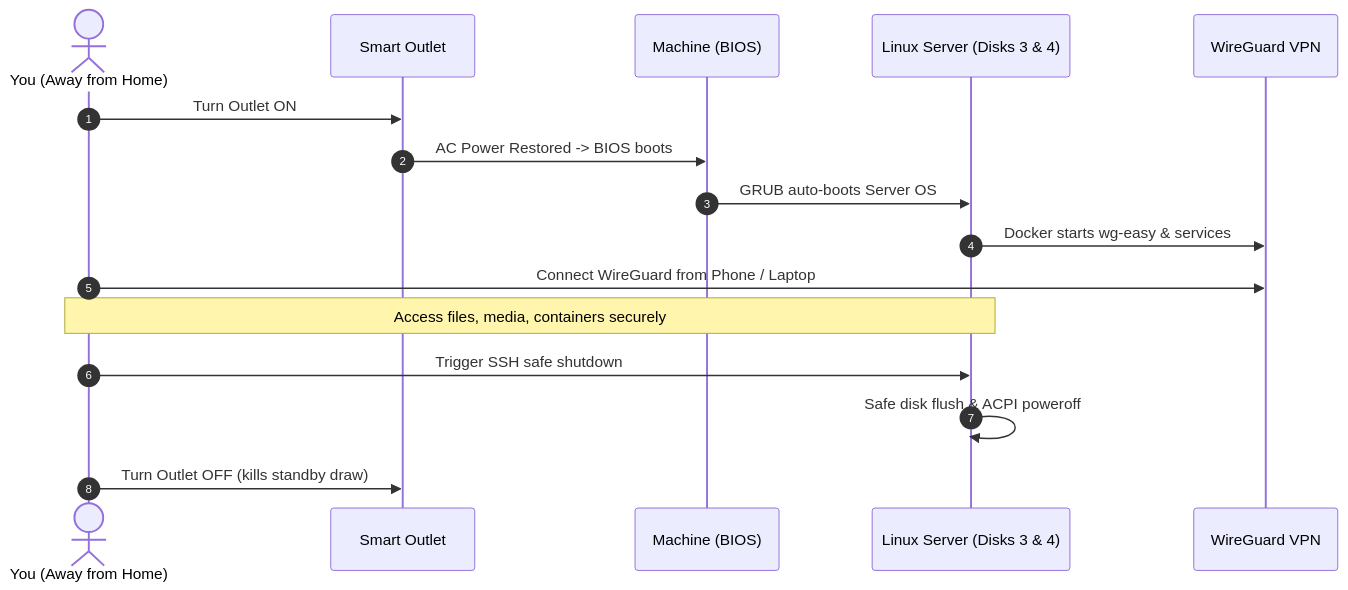
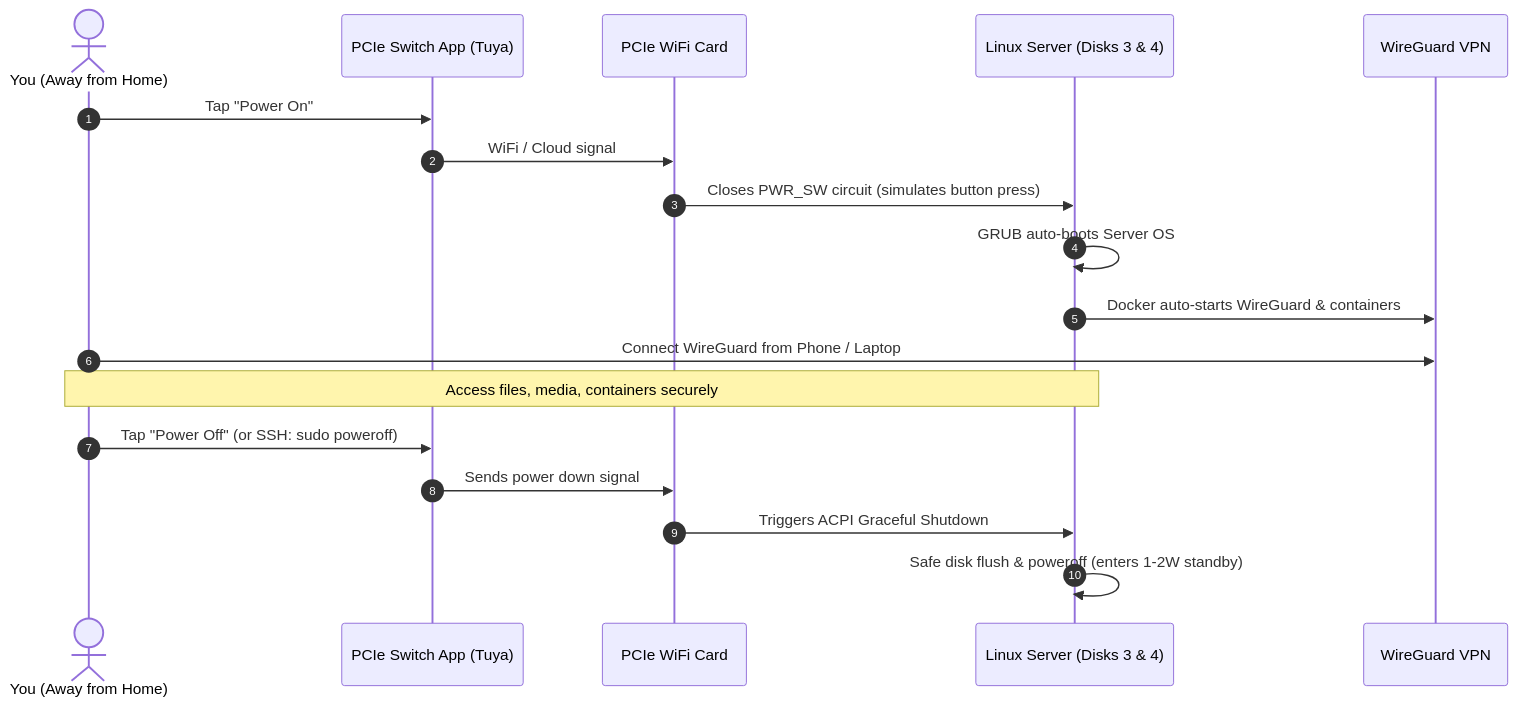
One commit to P1gBagPt-Homelab/home-server changed the diagram in README.md. Above: the diagram before and after it, drawn with Mermaid. The commit also changed other lines of this file, not shown here.

Commit message:
docs: synchronize README architecture highlights with PCIe power switch

````diff
--- a/README.md
+++ b/README.md
@@ -46,19 +46,21 @@
 ```mermaid
 sequenceDiagram
     autonumber
     actor User as You (Away from Home)
-    participant Plug as Smart Outlet
-    participant PC as Machine (BIOS)
+    participant App as PCIe Switch App (Tuya)
+    participant Card as PCIe WiFi Card
     participant Linux as Linux Server (Disks 3 & 4)
     participant WG as WireGuard VPN
     
-    User->>Plug: Turn Outlet ON
-    Plug->>PC: AC Power Restored -> BIOS boots
-    PC->>Linux: GRUB auto-boots Server OS
-    Linux->>WG: Docker starts wg-easy & services
+    User->>App: Tap "Power On"
+    App->>Card: WiFi / Cloud signal
+    Card->>Linux: Closes PWR_SW circuit (simulates button press)
+    Linux->>Linux: GRUB auto-boots Server OS
+    Linux->>WG: Docker auto-starts WireGuard & containers
     User->>WG: Connect WireGuard from Phone / Laptop
     Note over User,Linux: Access files, media, containers securely
-    User->>Linux: Trigger SSH safe shutdown
-    Linux->>Linux: Safe disk flush & ACPI poweroff
-    User->>Plug: Turn Outlet OFF (kills standby draw)
+    User->>App: Tap "Power Off" (or SSH: sudo poweroff)
+    App->>Card: Sends power down signal
+    Card->>Linux: Triggers ACPI Graceful Shutdown
+    Linux->>Linux: Safe disk flush & poweroff (enters 1-2W standby)
 ```
````
